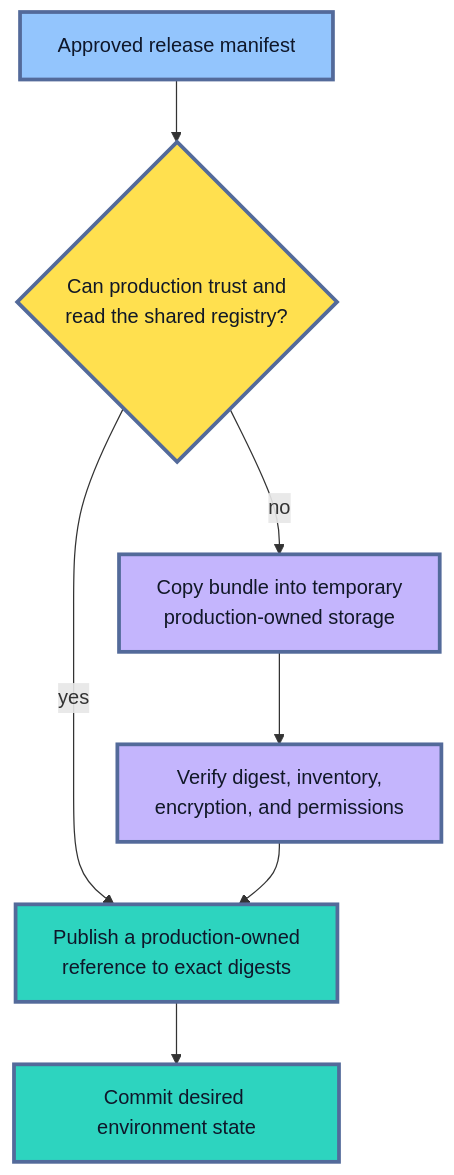
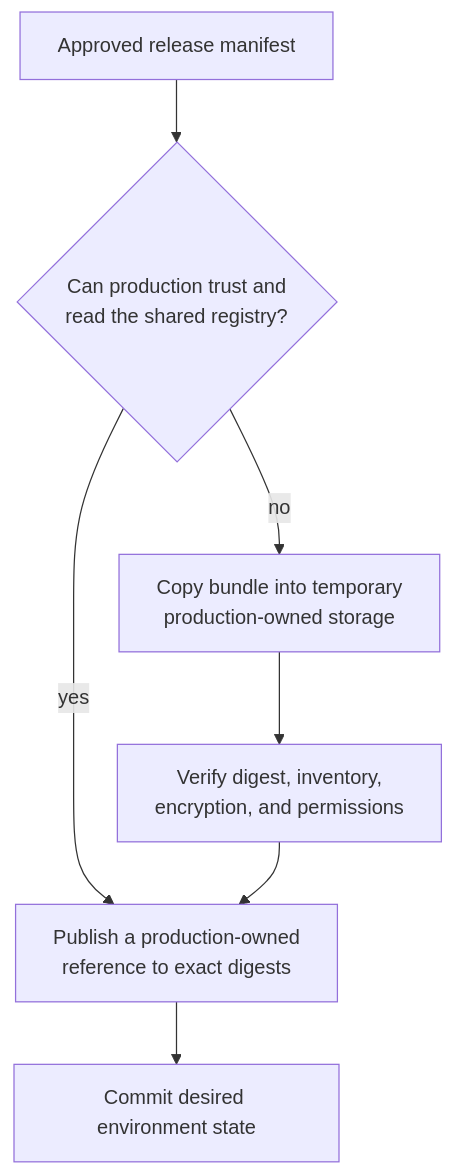
One commit to senlinyy/dev-roadmaps changed the sixth of 7 diagrams in roadmaps/mlops/modules/deployment-and-release-management/model-release-basics/03-artifact-promotion.md. Above: the diagram before and after it, drawn with Mermaid. The commit also changed other lines of this file and 152 other files, not shown here.

Commit message:
feat: mlops and diagrams updated

````diff
--- a/roadmaps/mlops/modules/deployment-and-release-management/model-release-basics/03-artifact-promotion.md
+++ b/roadmaps/mlops/modules/deployment-and-release-management/model-release-basics/03-artifact-promotion.md
@@ -306,18 +293,14 @@
 ```mermaid
 flowchart TD
     A["Approved release manifest"] --> B{"Can production trust and<br/>read the shared registry?"}
     B -->|yes| C["Publish a production-owned<br/>reference to exact digests"]
     B -->|no| D["Copy bundle into temporary<br/>production-owned storage"]
     D --> E["Verify digest, inventory,<br/>encryption, and permissions"]
     E --> C
     C --> F["Commit desired environment state"]
 
-    classDef start fill:#93C5FD,stroke:#536A9A,stroke-width:3px,color:#0F172A
-    classDef choice fill:#FFE04F,stroke:#536A9A,stroke-width:3px,color:#111827
-    classDef work fill:#C4B5FD,stroke:#536A9A,stroke-width:3px,color:#111827
-    classDef done fill:#2DD4BF,stroke:#536A9A,stroke-width:3px,color:#0F172A
     class A start
     class B choice
     class D,E work
     class C,F done
 ```
````
